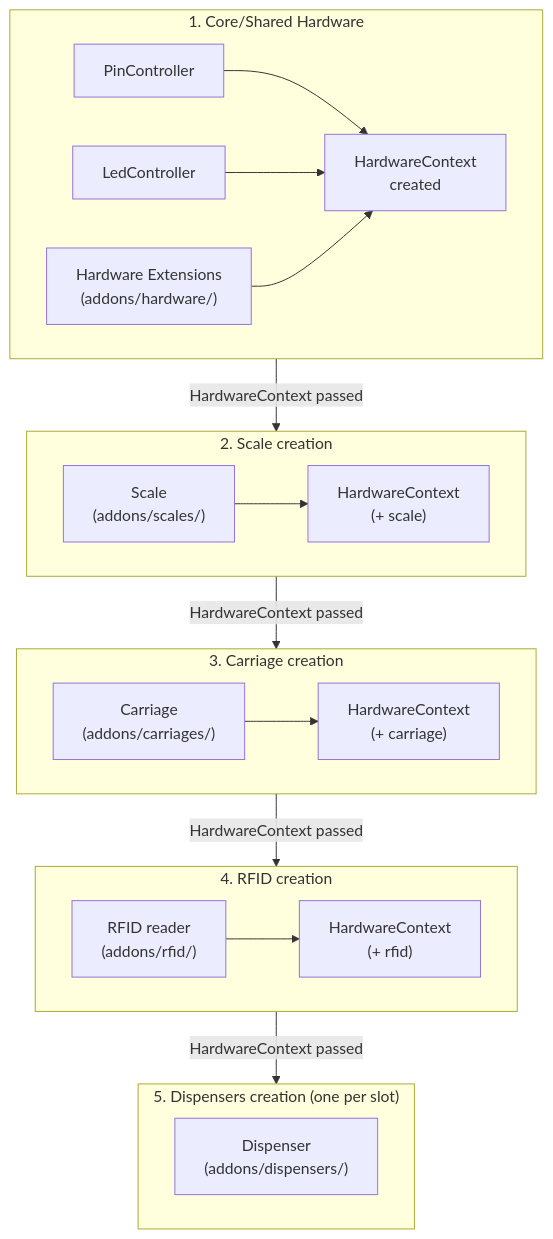
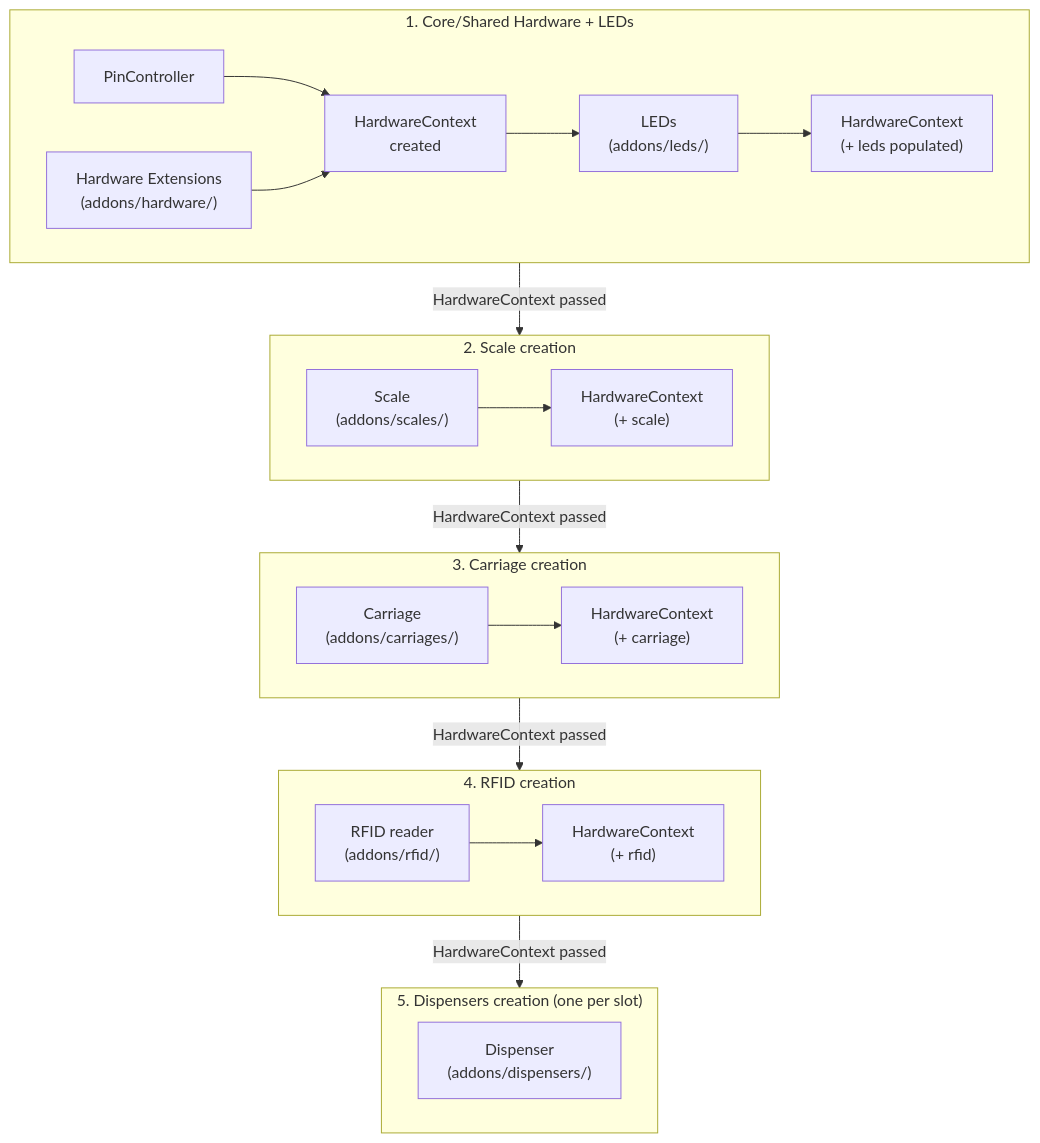
Before and after one commit to AndreWohnsland/CocktailBerry: the diagram in docs/hardware-extensions/index.md, drawn with Mermaid. The commit also changed other lines of this file and 23 other files, not shown here.

````diff
--- a/docs/hardware-extensions/index.md
+++ b/docs/hardware-extensions/index.md
@@ -26,39 +27,40 @@
 ```mermaid
 flowchart TD
-    subgraph stage1["1. Core/Shared Hardware"]
+    subgraph stage1["1. Core/Shared Hardware + LEDs"]
         pin["PinController"]
-        led["LedController"]
         hw_ext["Hardware Extensions\n(addons/hardware/)"]
+        leds["LEDs\n(addons/leds/)"]
         pin --> hctx
-        led --> hctx
         hw_ext --> hctx
         hctx["HardwareContext\ncreated"]
+        hctx --> leds
+        leds --> hctx_leds["HardwareContext\n(+ leds populated)"]
     end
 
     stage1 -->|"HardwareContext passed"| stage2
 
     subgraph stage2["2. Scale creation"]
         scale["Scale\n(addons/scales/)"]
     scale --> hctx2["HardwareContext\n(+ scale)"]
     end
 
     stage2 -->|"HardwareContext passed"| stage3
 
     subgraph stage3["3. Carriage creation"]
         carriage["Carriage\n(addons/carriages/)"]
         carriage --> hctx3["HardwareContext\n(+ carriage)"]
     end
 
     stage3 -->|"HardwareContext passed"| stage4
 
     subgraph stage4["4. RFID creation"]
         rfid["RFID reader\n(addons/rfid/)"]
         rfid --> hctx4["HardwareContext\n(+ rfid)"]
     end
 
     stage4 -->|"HardwareContext passed"| dispensers
 
     subgraph dispensers["5. Dispensers creation (one per slot)"]
         custom["Dispenser\n(addons/dispensers/)"]
     end
 ```
````
